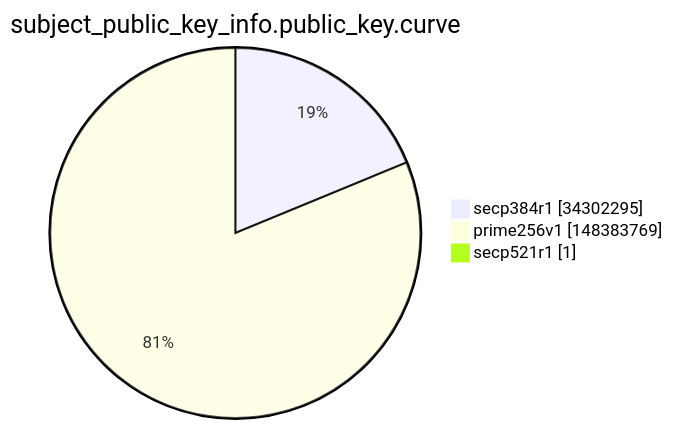
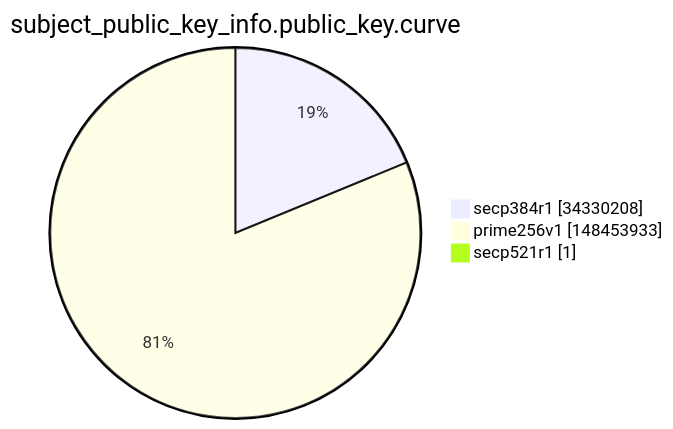
Before and after one commit to christiankrug/ctmonitor_visualization: the ninth of 15 diagrams in argon2022/README.md, drawn with Mermaid. The commit also changed other lines of this file, not shown here.

````diff
--- a/argon2022/README.md
+++ b/argon2022/README.md
@@ -2764,7 +2764,7 @@
 ```mermaid
 pie showData
 title subject_public_key_info.public_key.curve
-"secp384r1" :34302295
-"prime256v1" :148383769
+"secp384r1" :34330208
+"prime256v1" :148453933
 "secp521r1" :1
 ```
````
